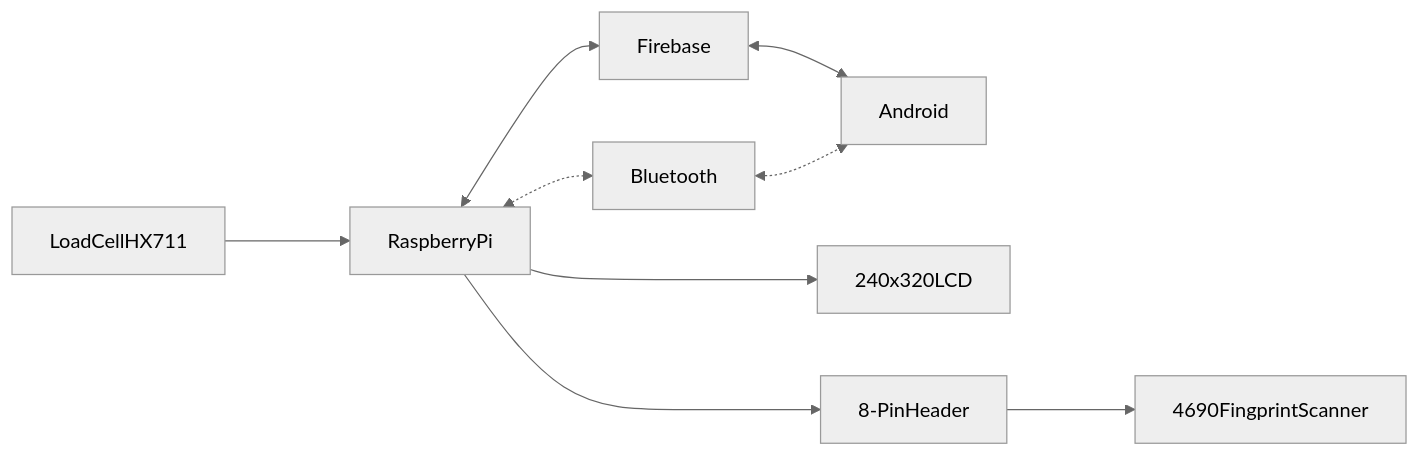
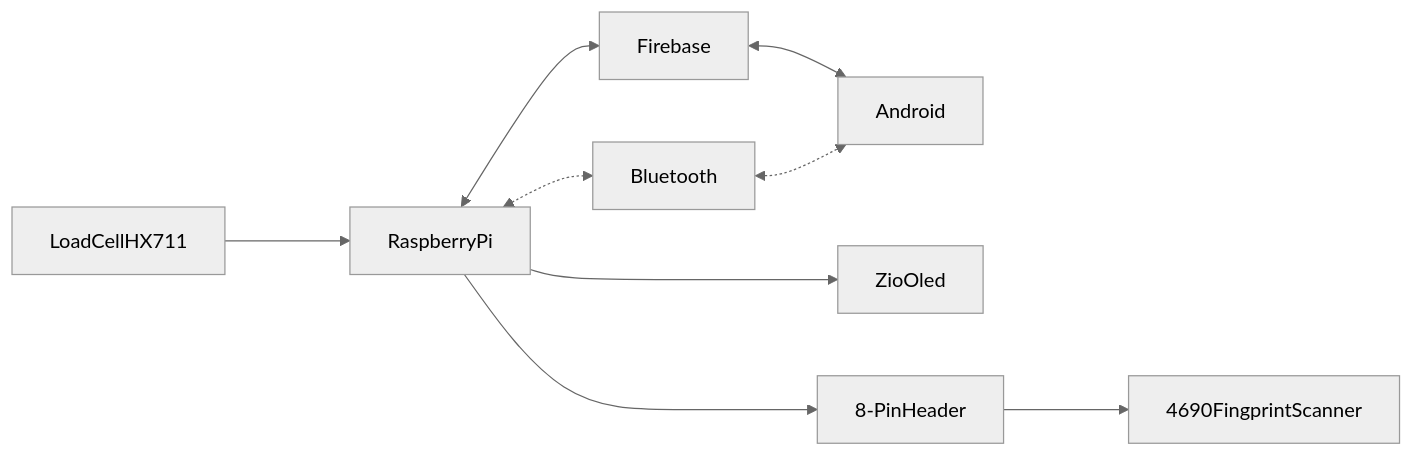
The diagram in system/wk01proposal.md (ChristopherGarcia1506/SiteSync), drawn with Mermaid (neutral theme) before and after one commit.

Commit message:
Update design approach in wk01proposal.md

````diff
--- a/system/wk01proposal.md
+++ b/system/wk01proposal.md
@@ -109,4 +109,4 @@
 ```mermaid
 flowchart LR;RaspberryPi<-->Firebase;Firebase<-->Android;
-RaspberryPi<-.->Bluetooth;Bluetooth<-.->Android; LoadCellHX711--->RaspberryPi; RaspberryPi--->240x320LCD;RaspberryPi--->8-PinHeader; 8-PinHeader--->4690FingprintScanner;
+RaspberryPi<-.->Bluetooth;Bluetooth<-.->Android; LoadCellHX711--->RaspberryPi; RaspberryPi--->ZioOled;RaspberryPi--->8-PinHeader; 8-PinHeader--->4690FingprintScanner;
 ```
````
